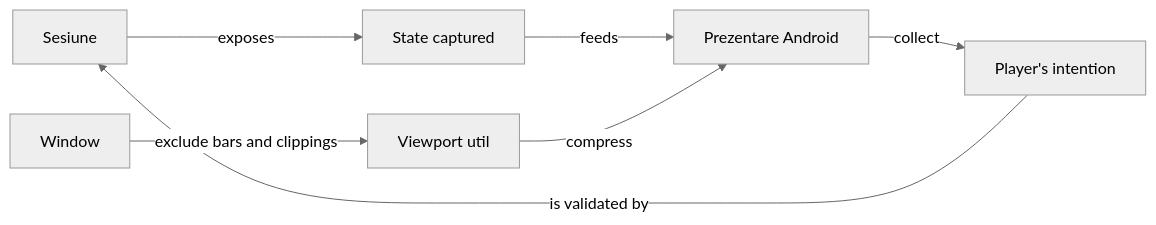
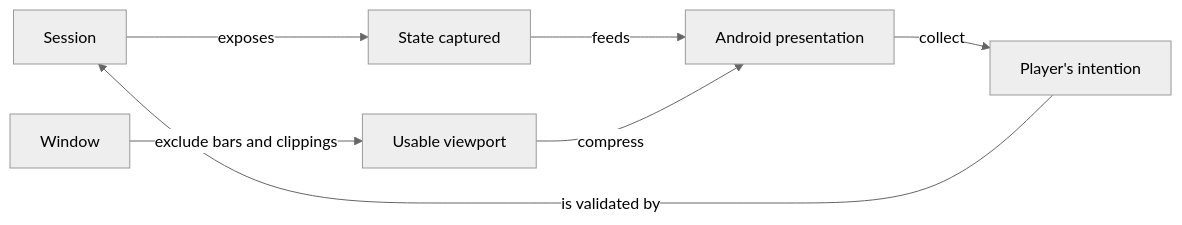
One commit to crististefanita/atf_j4 changed the first of 4 diagrams in whist-lab-app/app/src/main/java/ro/whistlab/app/README.md. Above: the diagram before and after it, drawn with Mermaid (neutral theme). The commit also changed other lines of this file and 126 other files, not shown here.

````diff
--- a/whist-lab-app/app/src/main/java/ro/whistlab/app/README.md
+++ b/whist-lab-app/app/src/main/java/ro/whistlab/app/README.md
@@ -17,9 +17,9 @@
 ```mermaid
 flowchart LR
-    SESSION[Sesiune] -->|exposes| STATE[State captured]
-    STATE -->|feeds| UI[Prezentare Android]
+    SESSION[Session] -->|exposes| STATE[State captured]
+    STATE -->|feeds| UI[Android presentation]
     UI -->|collect| INTENT[Player's intention]
     INTENT -->|is validated by| SESSION
-    WINDOW[Window] -->|exclude bars and clippings| SPACE[Viewport util]
+    WINDOW[Window] -->|exclude bars and clippings| SPACE[Usable viewport]
     SPACE -->|compress| UI
 ```
````
